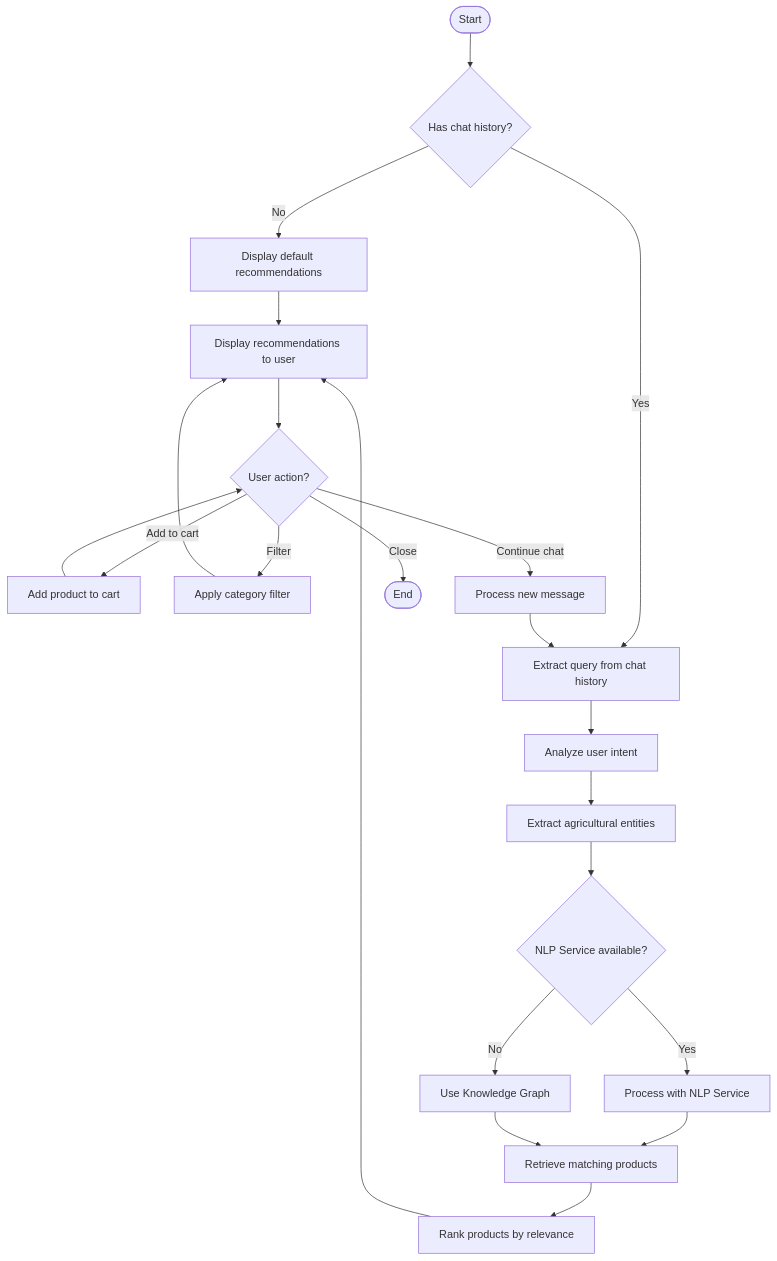
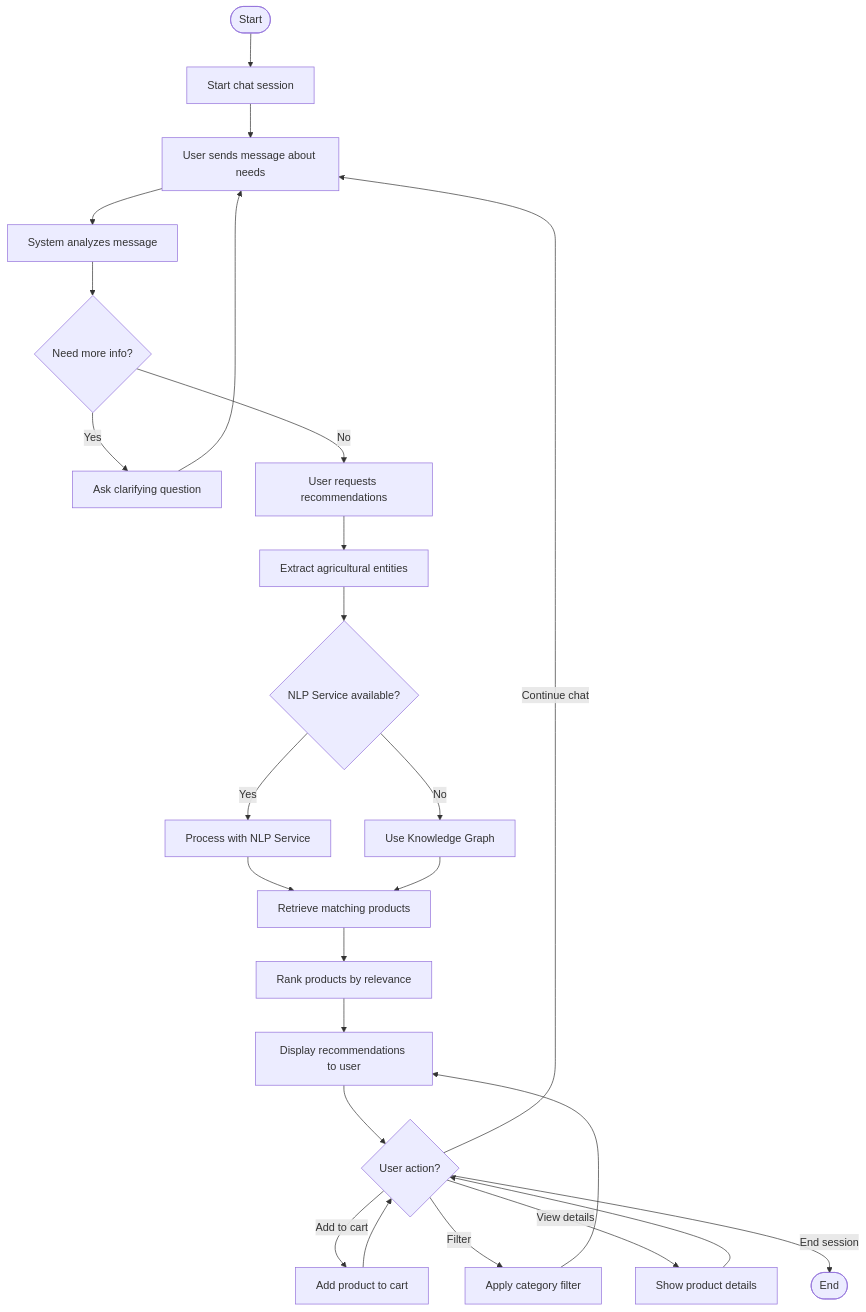
One commit to Gauravkrsah/Cropsay changed the fifth of 7 diagrams in documentation/digram.md. Above: the diagram before and after it, drawn with Mermaid. The commit also changed other lines of this file and 1 other file, not shown here.

Commit message:
Add system analysis and diagrams for chat-based product recommendation system

````diff
--- a/documentation/digram.md
+++ b/documentation/digram.md
@@ -395,33 +336,37 @@
 ```mermaid
-graph TD
-    Start([Start]) --> CheckHistory{Has chat history?}
+flowchart TD
+    Start([Start]) --> StartChat[Start chat session]
     
-    CheckHistory -->|No| ShowDefaults[Display default recommendations]
-    CheckHistory -->|Yes| ExtractQuery[Extract query from chat history]
+    StartChat --> SendMessage[User sends message about needs]
+    SendMessage --> AnalyzeMessage[System analyzes message]
     
-    ExtractQuery --> AnalyzeIntent[Analyze user intent]
-    AnalyzeIntent --> ExtractEntities[Extract agricultural entities]
+    AnalyzeMessage --> MoreInfo{Need more info?}
+    MoreInfo -->|Yes| AskQuestion[Ask clarifying question]
+    AskQuestion --> SendMessage
+    
+    MoreInfo -->|No| RequestRecs[User requests recommendations]
+    RequestRecs --> ExtractEntities[Extract agricultural entities]
     
     ExtractEntities --> CheckNLP{NLP Service available?}
     
     CheckNLP -->|Yes| CallNLP[Process with NLP Service]
     CheckNLP -->|No| UseKG[Use Knowledge Graph]
     
     CallNLP --> GetProducts[Retrieve matching products]
     UseKG --> GetProducts
     
     GetProducts --> RankProducts[Rank products by relevance]
-    ShowDefaults --> DisplayRecs[Display recommendations to user]
-    RankProducts --> DisplayRecs
+    RankProducts --> DisplayRecs[Display recommendations to user]
     
     DisplayRecs --> UserAction{User action?}
     
     UserAction -->|Add to cart| UpdateCart[Add product to cart]
     UserAction -->|Filter| ApplyFilter[Apply category filter]
-    UserAction -->|Continue chat| NewMessage[Process new message]
-    UserAction -->|Close| End([End])
+    UserAction -->|View details| ShowDetails[Show product details]
+    UserAction -->|Continue chat| SendMessage
+    UserAction -->|End session| End([End])
     
     UpdateCart --> UserAction
     ApplyFilter --> DisplayRecs
-    NewMessage --> ExtractQuery
+    ShowDetails --> UserAction
 ```
````
